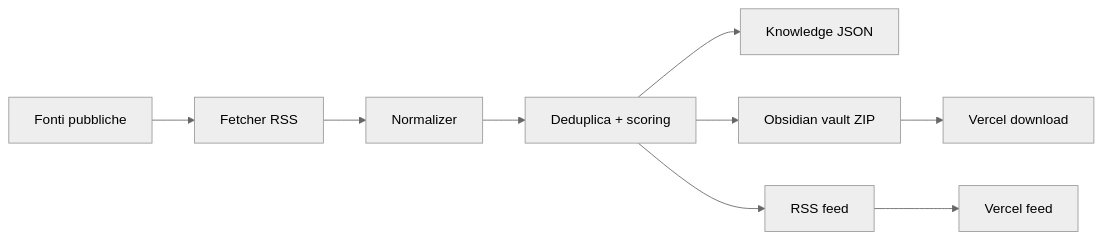
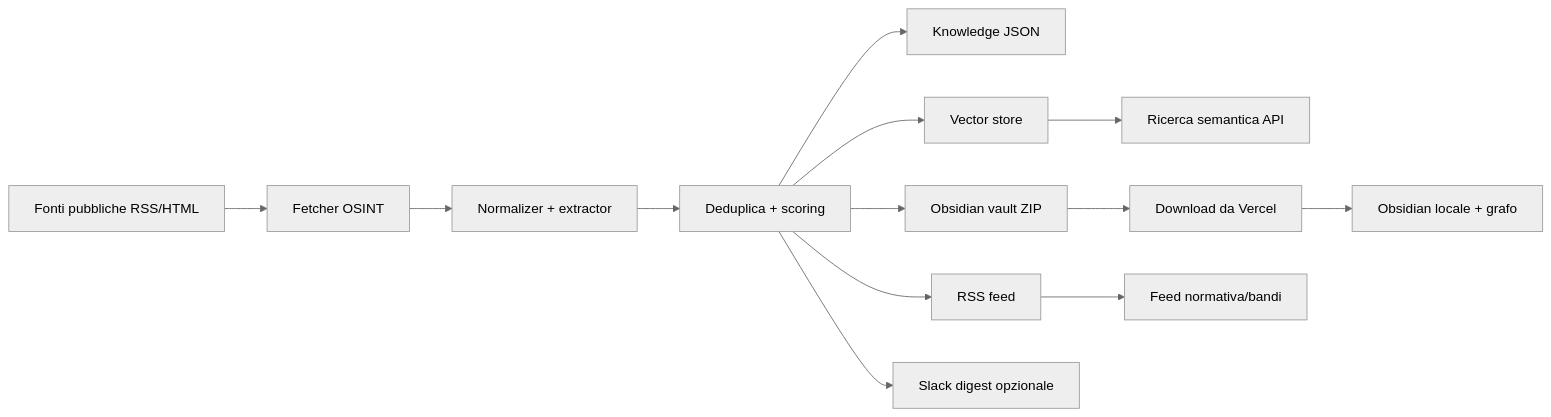
Before and after one commit to mikeminer/RAGOSINT: the diagram in README.md, drawn with Mermaid (neutral theme). The commit also changed other lines of this file and 22 other files, not shown here.

````diff
--- a/README.md
+++ b/README.md
@@ -57,11 +71,15 @@
 ```mermaid
 flowchart LR
-  A[Fonti pubbliche] --> B[Fetcher RSS]
-  B --> C[Normalizer]
+  A[Fonti pubbliche RSS/HTML] --> B[Fetcher OSINT]
+  B --> C[Normalizer + extractor]
   C --> D[Deduplica + scoring]
   D --> E[Knowledge JSON]
-  D --> F[Obsidian vault ZIP]
-  D --> G[RSS feed]
-  F --> H[Vercel download]
-  G --> I[Vercel feed]
+  D --> F[Vector store]
+  D --> G[Obsidian vault ZIP]
+  D --> H[RSS feed]
+  F --> I[Ricerca semantica API]
+  G --> J[Download da Vercel]
+  J --> K[Obsidian locale + grafo]
+  H --> L[Feed normativa/bandi]
+  D --> M[Slack digest opzionale]
 ```
````
